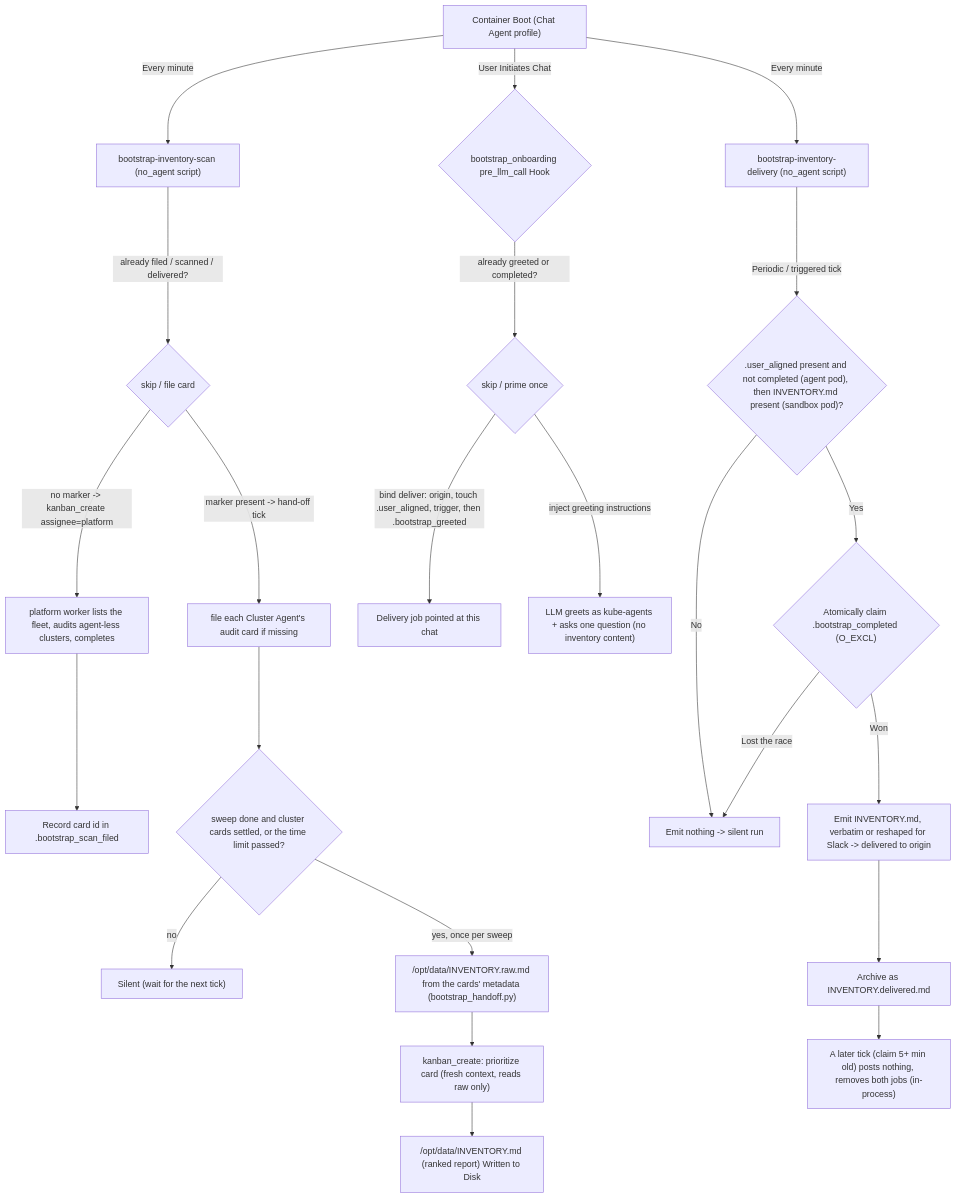
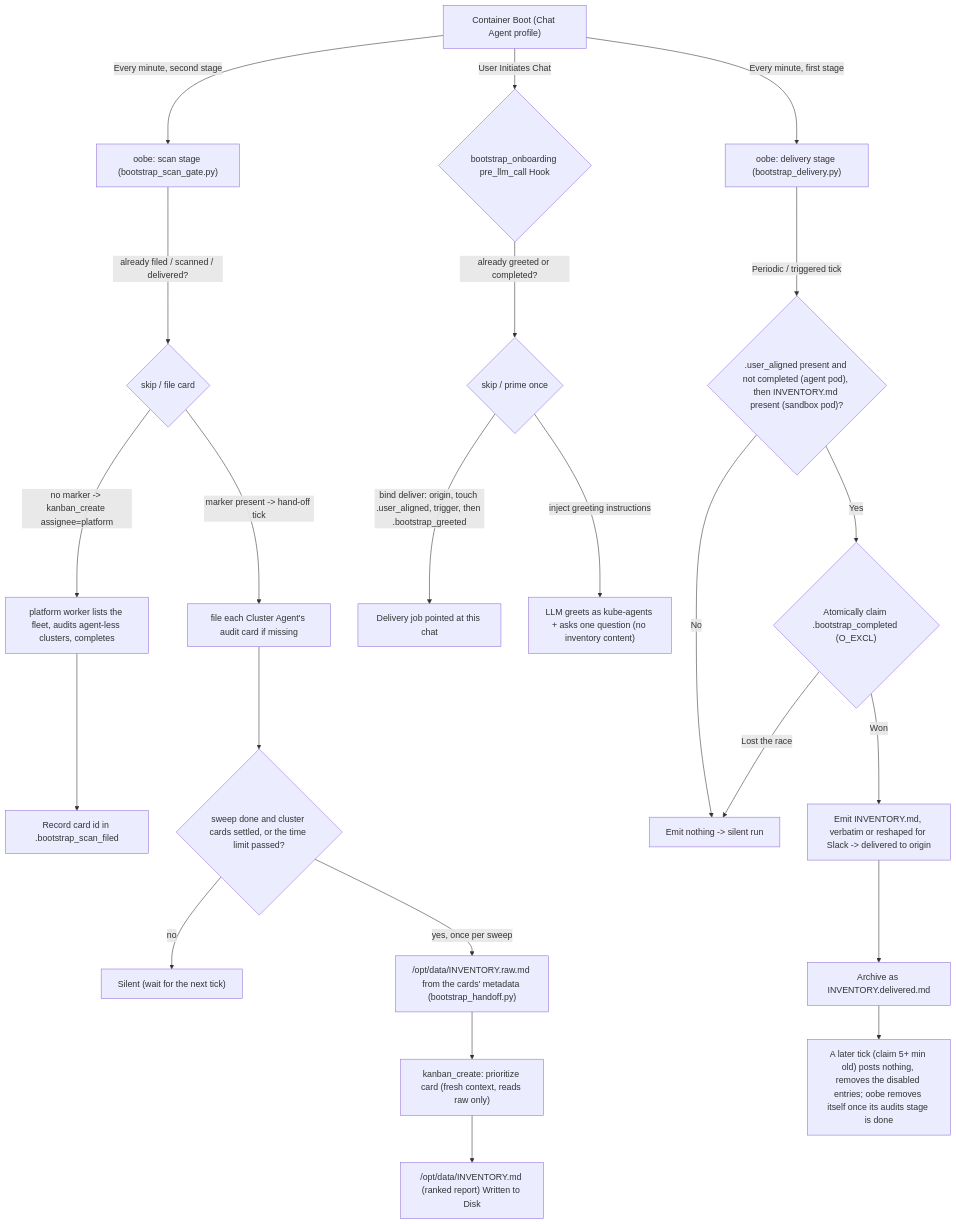
Before and after one commit to gke-labs/kube-agents: the first of 3 diagrams in agents/chat/defaults/plugins/bootstrap_onboarding/README.md, drawn with Mermaid. The commit also changed other lines of this file and 4 other files, not shown here.

First line of the commit message:
docs(onboarding): describe the scan and delivery as stages of the oobe job

````diff
--- a/agents/chat/defaults/plugins/bootstrap_onboarding/README.md
+++ b/agents/chat/defaults/plugins/bootstrap_onboarding/README.md
@@ -50,28 +58,28 @@
 ```mermaid
 graph TD
-    A["Container Boot (Chat Agent profile)"] -->|Every minute| B["bootstrap-inventory-scan (no_agent script)"]
-    A -->|Every minute| C["bootstrap-inventory-delivery (no_agent script)"]
+    A["Container Boot (Chat Agent profile)"] -->|Every minute, second stage| B["oobe: scan stage (bootstrap_scan_gate.py)"]
+    A -->|Every minute, first stage| C["oobe: delivery stage (bootstrap_delivery.py)"]
     A -->|User Initiates Chat| D{"bootstrap_onboarding pre_llm_call Hook"}
 
     B -->|already filed / scanned / delivered?| B2{"skip / file card"}
     B2 -->|no marker -> kanban_create assignee=platform| P["platform worker lists the fleet, audits agent-less clusters, completes"]
     P --> PM["Record card id in .bootstrap_scan_filed"]
     B2 -->|marker present -> hand-off tick| HF["file each Cluster Agent's audit card if missing"]
     HF --> HO{"sweep done and cluster cards settled, or the time limit passed?"}
     HO -->|no| F["Silent (wait for the next tick)"]
     HO -->|yes, once per sweep| R["/opt/data/INVENTORY.raw.md from the cards' metadata (bootstrap_handoff.py)"]
     R --> Q["kanban_create: prioritize card (fresh context, reads raw only)"]
     Q --> E["/opt/data/INVENTORY.md (ranked report) Written to Disk"]
 
     D -->|already greeted or completed?| DG{"skip / prime once"}
     DG -->|bind deliver: origin, touch .user_aligned, trigger, then .bootstrap_greeted| G["Delivery job pointed at this chat"]
     DG -->|inject greeting instructions| H["LLM greets as kube-agents + asks one question (no inventory content)"]
 
     C -->|Periodic / triggered tick| I{".user_aligned present and not completed (agent pod), then INVENTORY.md present (sandbox pod)?"}
     I -->|No| J["Emit nothing -> silent run"]
     I -->|Yes| CL{"Atomically claim .bootstrap_completed (O_EXCL)"}
     CL -->|Lost the race| J
     CL -->|Won| K["Emit INVENTORY.md, verbatim or reshaped for Slack -> delivered to origin"]
     K --> L["Archive as INVENTORY.delivered.md"]
-    L --> RT["A later tick (claim 5+ min old) posts nothing, removes both jobs (in-process)"]
+    L --> RT["A later tick (claim 5+ min old) posts nothing, removes the disabled entries; oobe removes itself once its audits stage is done"]
 ```
````
